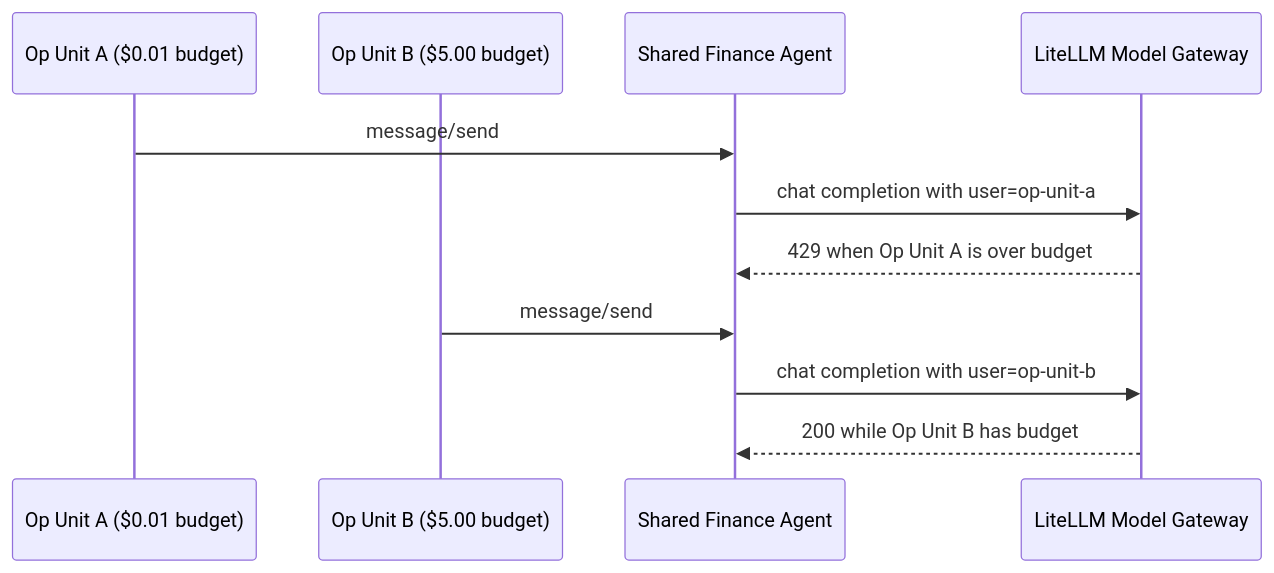
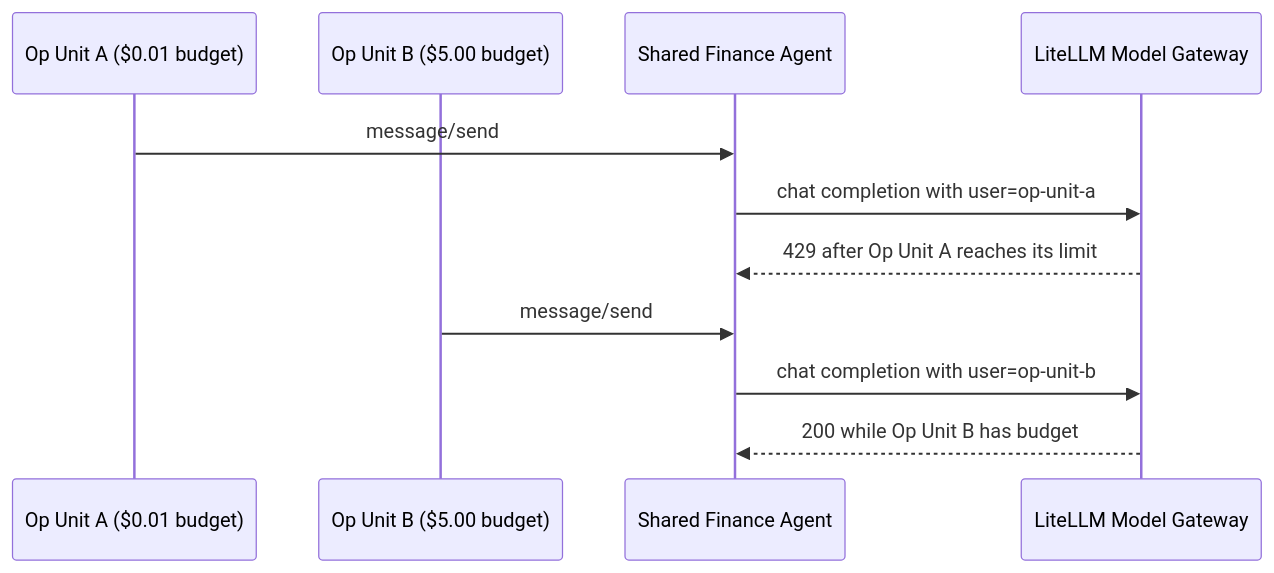
The third of 3 diagrams in blog/ai_gateway_identity_and_finops/index.md (BerriAI/litellm-docs), drawn with Mermaid before and after one commit. The commit also changed other lines of this file, not shown here.

````diff
--- a/blog/ai_gateway_identity_and_finops/index.md
+++ b/blog/ai_gateway_identity_and_finops/index.md
@@ -153,14 +153,14 @@
 ```mermaid
 sequenceDiagram
     participant A as Op Unit A ($0.01 budget)
     participant B as Op Unit B ($5.00 budget)
     participant Agent as Shared Finance Agent
     participant MG as LiteLLM Model Gateway
 
     A->>Agent: message/send
     Agent->>MG: chat completion with user=op-unit-a
-    MG-->>Agent: 429 when Op Unit A is over budget
+    MG-->>Agent: 429 after Op Unit A reaches its limit
     B->>Agent: message/send
     Agent->>MG: chat completion with user=op-unit-b
     MG-->>Agent: 200 while Op Unit B has budget
 ```
````
